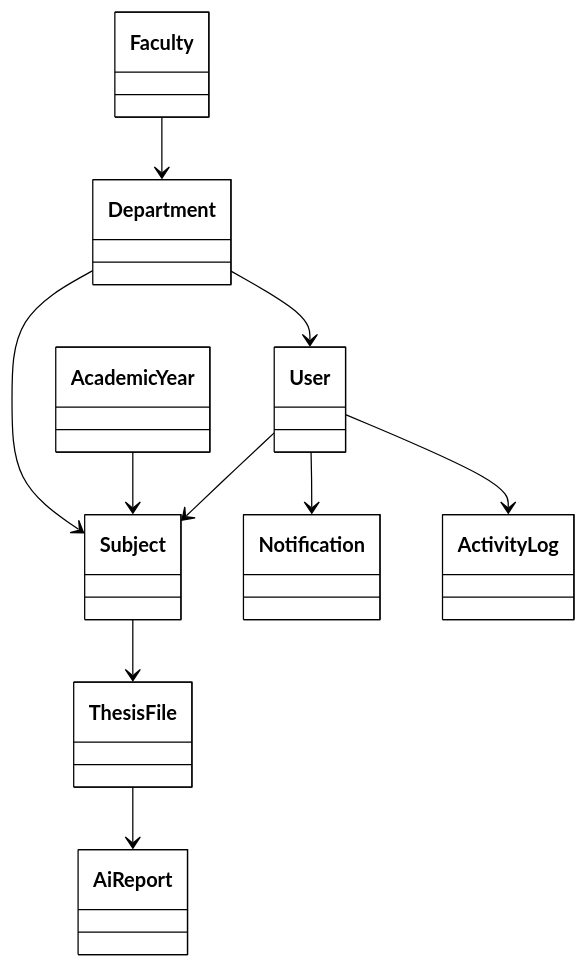
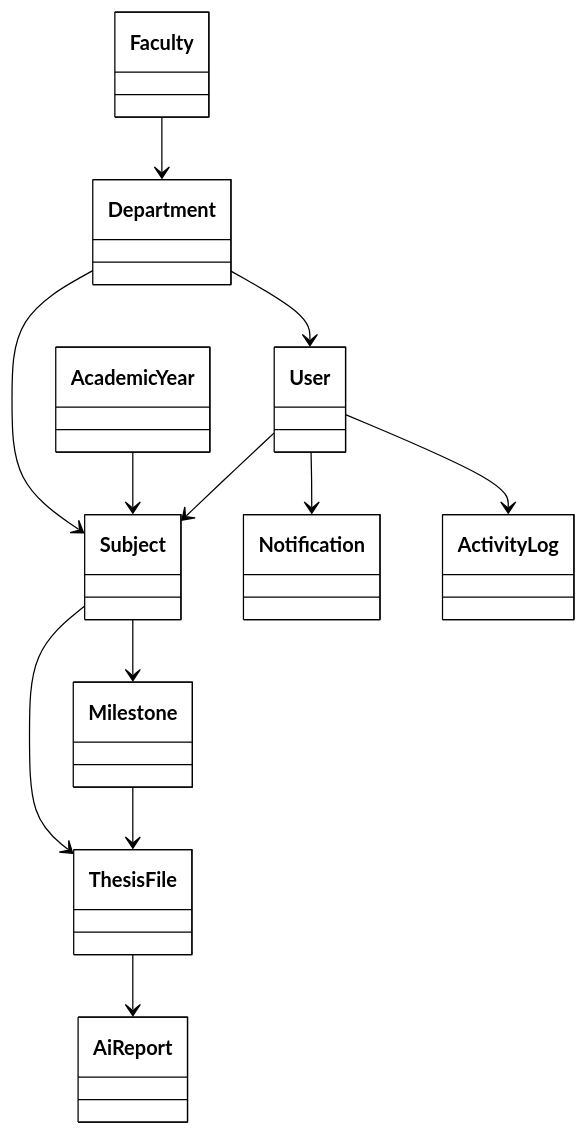
Before and after one commit to DavidMwangaza/TFC-Manager: the tenth of 13 diagrams in DIAGRAMMES-PAR-FIGURE-NB.md, drawn with Mermaid. The commit also changed other lines of this file and 42 other files, not shown here.

````diff
--- a/DIAGRAMMES-PAR-FIGURE-NB.md
+++ b/DIAGRAMMES-PAR-FIGURE-NB.md
@@ -161,13 +165,15 @@
 ```mermaid
 %%{init: {'theme':'base','themeVariables': {'background':'#ffffff','primaryColor':'#ffffff','primaryBorderColor':'#000000','lineColor':'#000000','textColor':'#000000'}}}%%
 classDiagram
     Faculty --> Department
     Department --> User
     Department --> Subject
     AcademicYear --> Subject
     User --> Subject
+    Subject --> Milestone
     Subject --> ThesisFile
+    Milestone --> ThesisFile
     ThesisFile --> AiReport
     User --> Notification
     User --> ActivityLog
 ```
````
